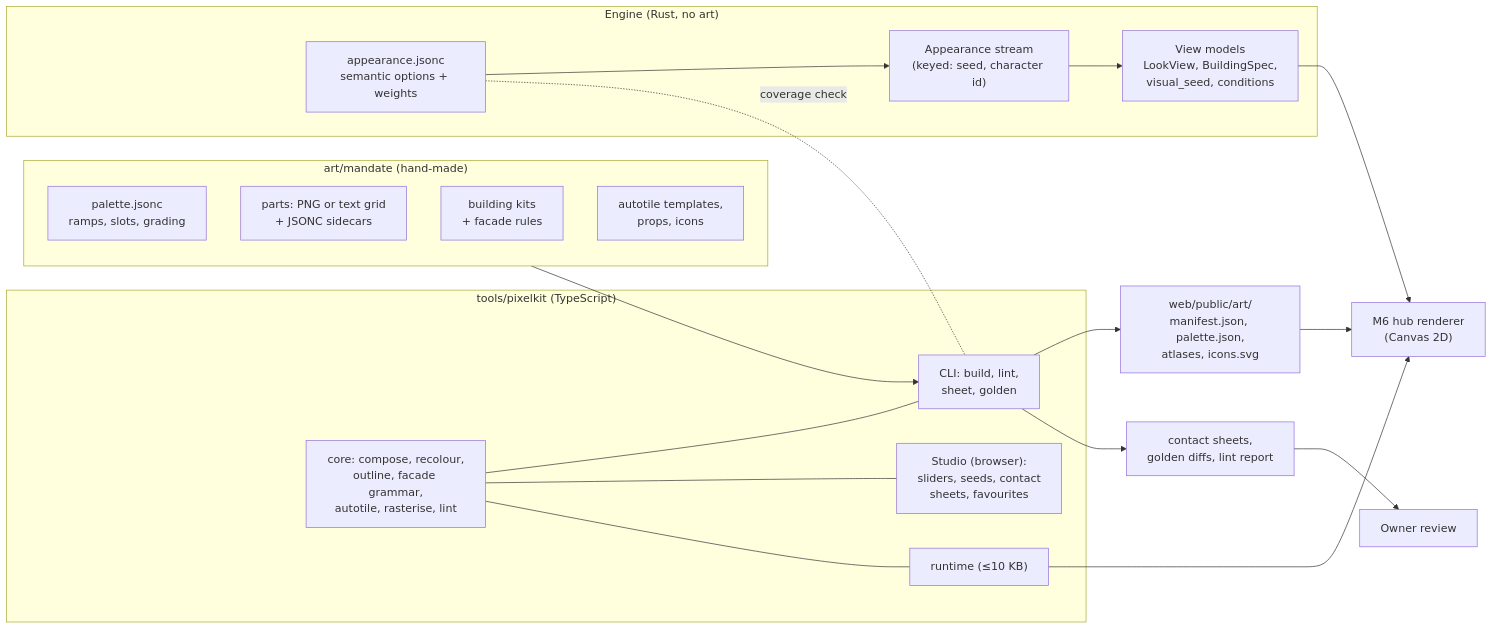
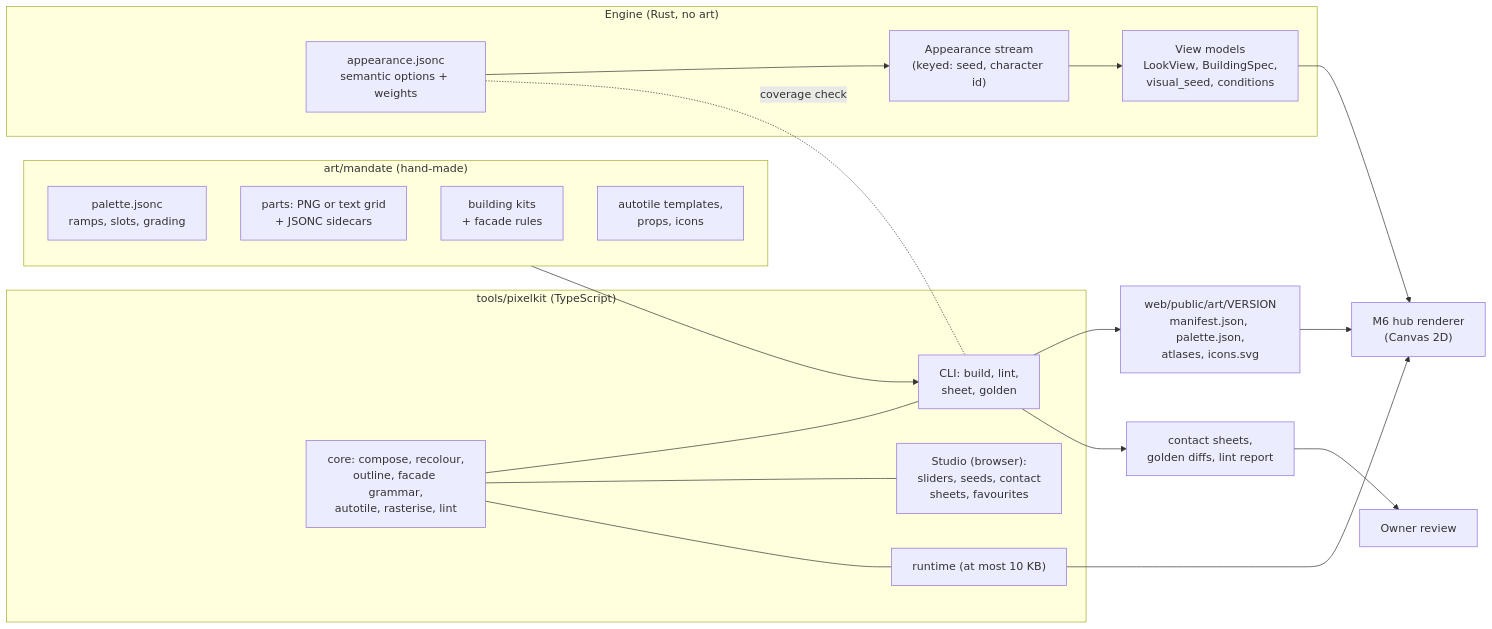
Before and after one commit to jackhale98/mandate: the diagram in docs/design/research/PIXEL_ART_TOOL.md, drawn with Mermaid. The commit also changed other lines of this file and 1 other file, not shown here.

First line of the commit message:
Research: refine the pixel-art tool plan; point to it from the roadmap

````diff
--- a/docs/design/research/PIXEL_ART_TOOL.md
+++ b/docs/design/research/PIXEL_ART_TOOL.md
@@ -344,32 +363,32 @@
 ```mermaid
 flowchart LR
   subgraph Engine["Engine (Rust, no art)"]
-    REG["appearance.jsonc\nsemantic options + weights"]
-    GEN["Appearance stream\n(keyed: seed, character id)"]
-    VM["View models\nLookView, BuildingSpec,\nvisual_seed, conditions"]
+    REG["appearance.jsonc<br/>semantic options + weights"]
+    GEN["Appearance stream<br/>(keyed: seed, character id)"]
+    VM["View models<br/>LookView, BuildingSpec,<br/>visual_seed, conditions"]
     REG --> GEN --> VM
   end
   subgraph Sources["art/mandate (hand-made)"]
-    PAL["palette.jsonc\nramps, slots, grading"]
-    PARTS["parts: PNG or text grid\n+ JSONC sidecars"]
-    KITS["building kits\n+ facade rules"]
-    TPL["autotile templates,\nprops, icons"]
+    PAL["palette.jsonc<br/>ramps, slots, grading"]
+    PARTS["parts: PNG or text grid<br/>+ JSONC sidecars"]
+    KITS["building kits<br/>+ facade rules"]
+    TPL["autotile templates,<br/>props, icons"]
   end
   subgraph Tool["tools/pixelkit (TypeScript)"]
-    CORE["core: compose, recolour,\noutline, facade grammar,\nautotile, rasterise, lint"]
-    CLI["CLI: build, lint,\nsheet, golden"]
-    STUDIO["Studio (browser):\nsliders, seeds, contact\nsheets, favourites"]
-    RT["runtime (≤10 KB)"]
+    CORE["core: compose, recolour,<br/>outline, facade grammar,<br/>autotile, rasterise, lint"]
+    CLI["CLI: build, lint,<br/>sheet, golden"]
+    STUDIO["Studio (browser):<br/>sliders, seeds, contact<br/>sheets, favourites"]
+    RT["runtime (at most 10 KB)"]
     CORE --- CLI
     CORE --- STUDIO
     CORE --- RT
   end
   Sources --> CLI
-  CLI --> PACK["web/public/art/<version>\nmanifest.json, palette.json,\natlases, icons.svg"]
-  CLI --> QA["contact sheets,\ngolden diffs, lint report"]
+  CLI --> PACK["web/public/art/VERSION<br/>manifest.json, palette.json,<br/>atlases, icons.svg"]
+  CLI --> QA["contact sheets,<br/>golden diffs, lint report"]
   QA --> OWNER["Owner review"]
-  PACK --> RENDER["M6 hub renderer\n(Canvas 2D)"]
+  PACK --> RENDER["M6 hub renderer<br/>(Canvas 2D)"]
   VM --> RENDER
   RT --> RENDER
   REG -. "coverage check" .- CLI
 ```
````
